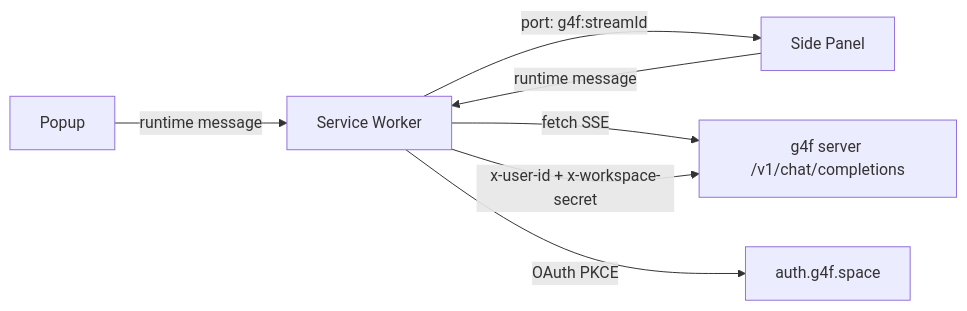
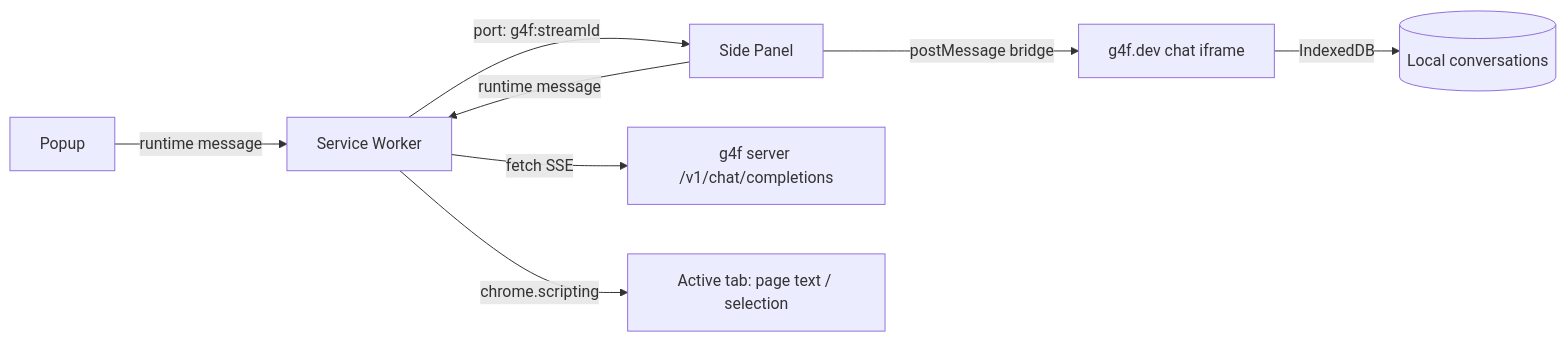
One commit to xtekky/gpt4free changed the diagram in projects/browser-extension/README.md. Above: the diagram before and after it, drawn with Mermaid. The commit also changed other lines of this file and 18 other files, not shown here.

````diff
--- a/projects/browser-extension/README.md
+++ b/projects/browser-extension/README.md
@@ -80,9 +74,10 @@
 ```mermaid
 flowchart LR
     P[Popup] -->|runtime message| SW[Service Worker]
     S[Side Panel] -->|runtime message| SW
     SW -->|port: g4f:streamId| S
     SW -->|fetch SSE| G[g4f server /v1/chat/completions]
-    SW -->|OAuth PKCE| A[auth.g4f.space]
-    SW -->|x-user-id + x-workspace-secret| G
+    SW -->|chrome.scripting| T[Active tab: page text / selection]
+    S -->|postMessage bridge| C[g4f.dev chat iframe]
+    C -->|IndexedDB| L[(Local conversations)]
 ```
````
